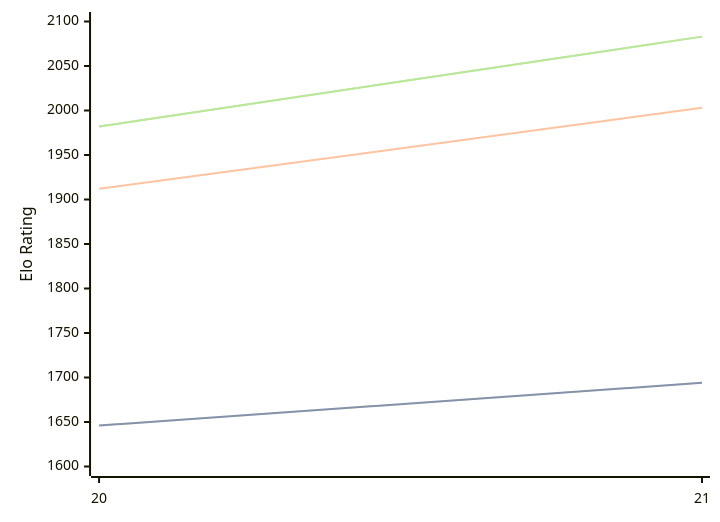
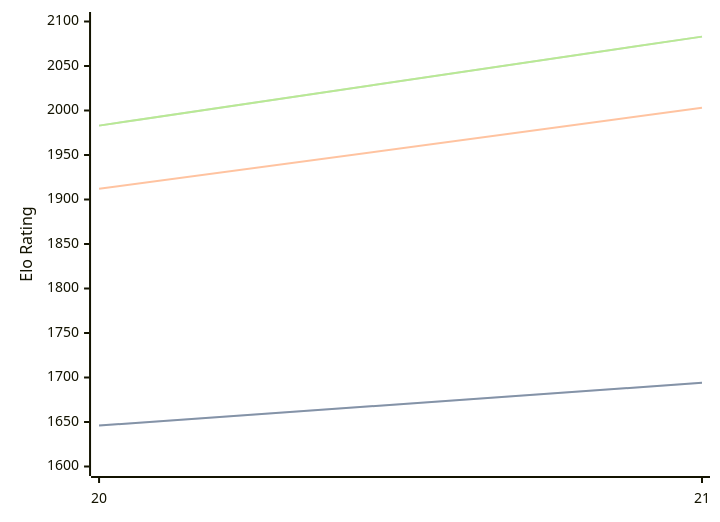
The diagram in engines/PurplePanda.md (computer-chess-index/cci), drawn with Mermaid before and after one commit. The commit also changed other lines of this file, not shown here.

Commit message:
Update CCI Ratings (ELO VLTC) - 2026-09-02

````diff
--- a/engines/PurplePanda.md
+++ b/engines/PurplePanda.md
@@ -32,11 +32,11 @@
 ```mermaid
 %%{init: {"theme":"base","themeVariables":{"seriesColors:['#a3a3a3','#222221','#faa371']}}}%%
 xychart-beta
   x-axis ["20", "21"]
   y-axis "Elo Rating" 1600 --> 2100
   line "" [1646, 1694]
   line "STC (8.0+0.08s)" [1646, 1694]
   line "LTC (60.0+0.60s)" [1912, 2003]
-  line "" [1982, 2083]
-  line "VLTC (2m24s+1.12s)" [1982, 2083]
+  line "" [1983, 2083]
+  line "VLTC (2m24s+1.12s)" [1983, 2083]
 ```
````
